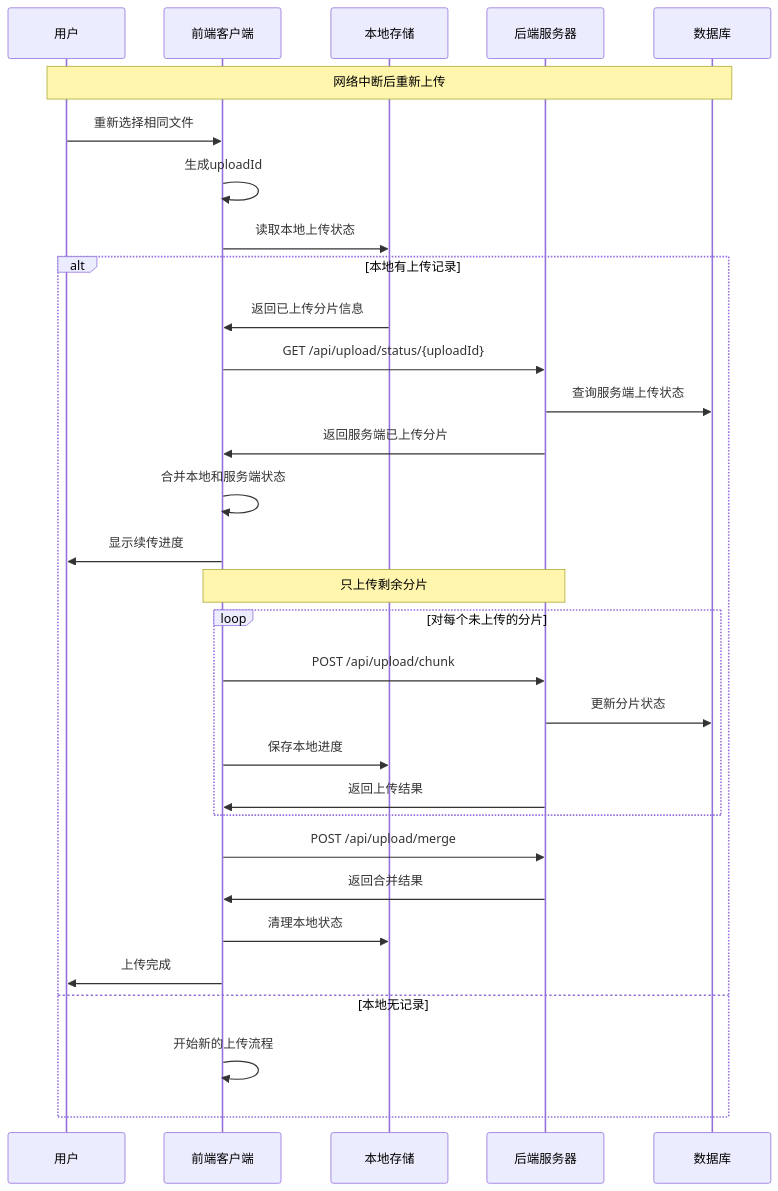
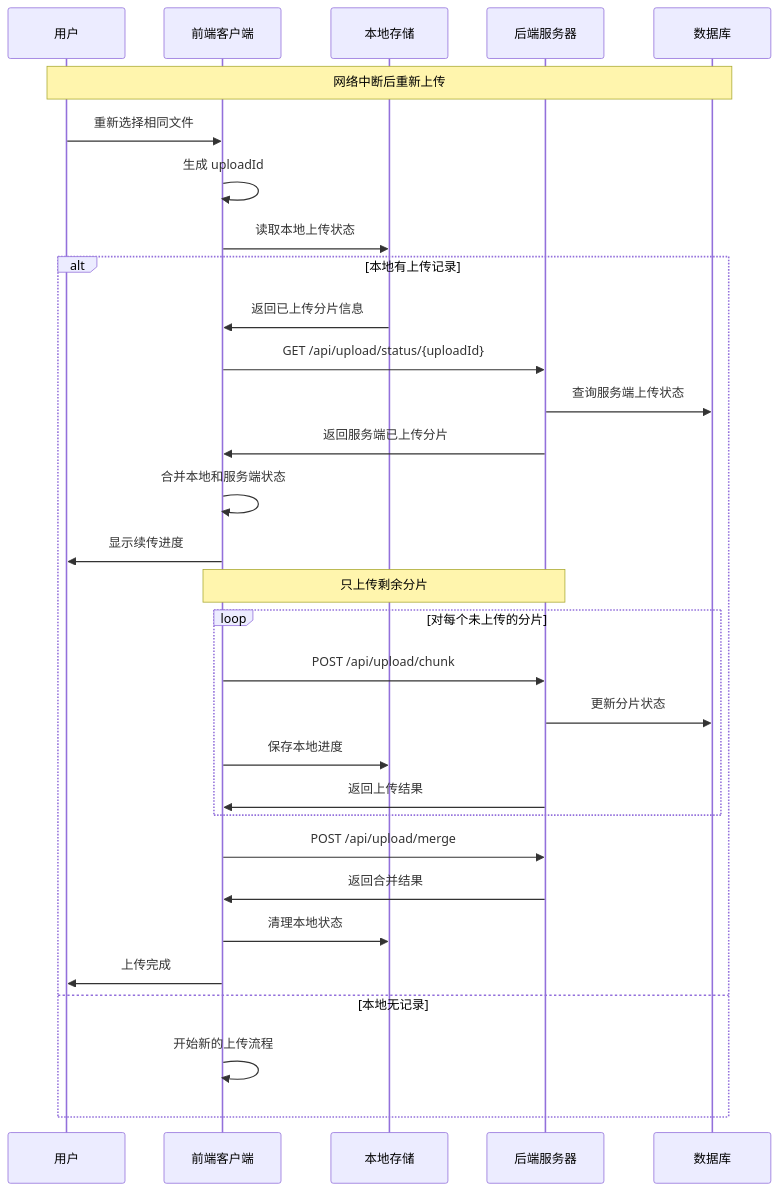
The third of 4 diagrams in docs/features/file-upload/README.md (weihongyu12/web), drawn with Mermaid before and after one commit. The commit also changed other lines of this file, not shown here.

````diff
--- a/docs/features/file-upload/README.md
+++ b/docs/features/file-upload/README.md
@@ -339,38 +381,38 @@
 ```mermaid
 sequenceDiagram
     participant U as 用户
     participant C as 前端客户端
     participant LS as 本地存储
     participant S as 后端服务器
     participant DB as 数据库
 
     Note over U,DB: 网络中断后重新上传
     
     U->>C: 重新选择相同文件
-    C->>C: 生成uploadId
+    C->>C: 生成 uploadId
     C->>LS: 读取本地上传状态
     
     alt 本地有上传记录
         LS->>C: 返回已上传分片信息
         C->>S: GET /api/upload/status/{uploadId}
         S->>DB: 查询服务端上传状态
         S->>C: 返回服务端已上传分片
         C->>C: 合并本地和服务端状态
         C->>U: 显示续传进度
         
         Note over C,S: 只上传剩余分片
         loop 对每个未上传的分片
             C->>S: POST /api/upload/chunk
             S->>DB: 更新分片状态
             C->>LS: 保存本地进度
             S->>C: 返回上传结果
         end
         
         C->>S: POST /api/upload/merge
         S->>C: 返回合并结果
         C->>LS: 清理本地状态
         C->>U: 上传完成
     else 本地无记录
         C->>C: 开始新的上传流程
     end
 ```
````
